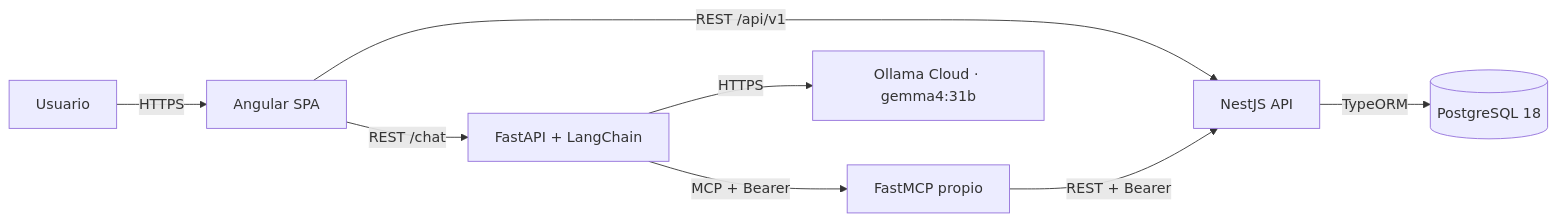
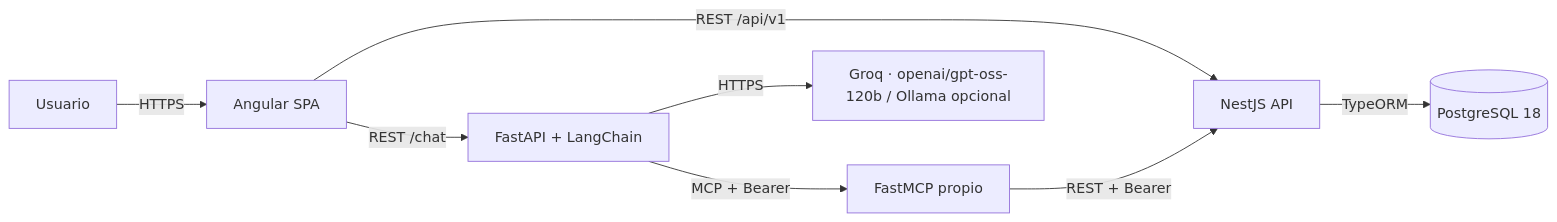
Before and after one commit to cimi88/proyecto-lost-found: the first of 3 diagrams in docs/architecture.md, drawn with Mermaid. The commit also changed other lines of this file and 66 other files, not shown here.

````diff
--- a/docs/architecture.md
+++ b/docs/architecture.md
@@ -22,10 +38,10 @@
 ```mermaid
 flowchart LR
   U[Usuario] -->|HTTPS| FE[Angular SPA]
   FE -->|REST /api/v1| API[NestJS API]
   FE -->|REST /chat| AI[FastAPI + LangChain]
-  AI -->|HTTPS| LLM[Ollama Cloud · gemma4:31b]
+  AI -->|HTTPS| LLM[Groq · openai/gpt-oss-120b / Ollama opcional]
   AI -->|MCP + Bearer| MCP1[FastMCP propio]
   MCP1 -->|REST + Bearer| API
   API -->|TypeORM| DB[(PostgreSQL 18)]
 ```
````
